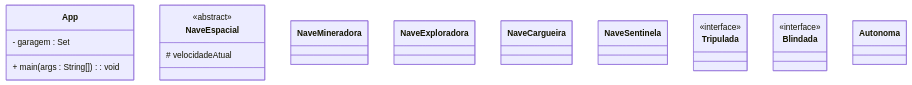
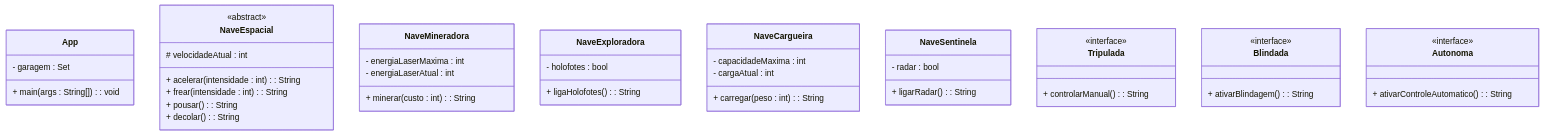
Before and after one commit to sergio-prolo-class/lista-4-correa-aragao: the diagram in readme.md, drawn with Mermaid.

Commit message:
fazendo readm - andamento

````diff
--- a/readme.md
+++ b/readme.md
@@ -6,43 +6,56 @@
 ```mermaid
 classDiagram
     
     class App {
         - garagem : Set<NaveEspacial>
         + main(args : String[]) : void
     }
     
     class NaveEspacial {
         <<abstract>>
         
-        # velocidadeAtual
+        # velocidadeAtual : int
+        + acelerar(intensidade : int) : String
+        + frear(intensidade : int) : String
+        + pousar() : String
+        + decolar() : String 
     }
     
     class NaveMineradora {
-        
+        - energiaLaserMaxima : int
+        - energiaLaserAtual : int
+        + minerar(custo : int) : String 
     }
     
     class NaveExploradora {
-        
+        - holofotes : bool
+        + ligaHolofotes() : String 
     }
      class NaveCargueira {
-         
+         - capacidadeMaxima : int
+         - cargaAtual : int 
+         + carregar(peso : int) : String 
      }
      
      class NaveSentinela {
-         
+         - radar : bool
+         + ligarRadar() : String
      }
      
      class Tripulada{
          <<interface>>
+         + controlarManual() : String
      }
      
      class Blindada {
          <<interface>>
+         + ativarBlindagem() : String 
      }
      
      class Autonoma {
-         
+         <<interface>>
+         + ativarControleAutomatico() : String 
      }
     
     
 ```
````
